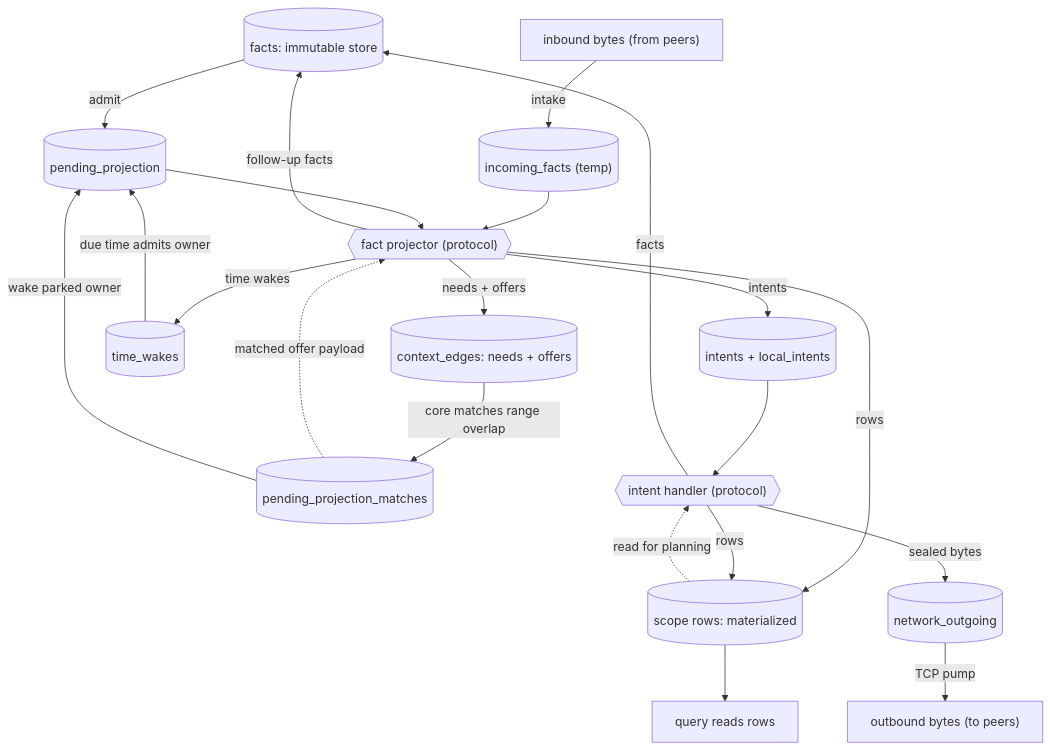
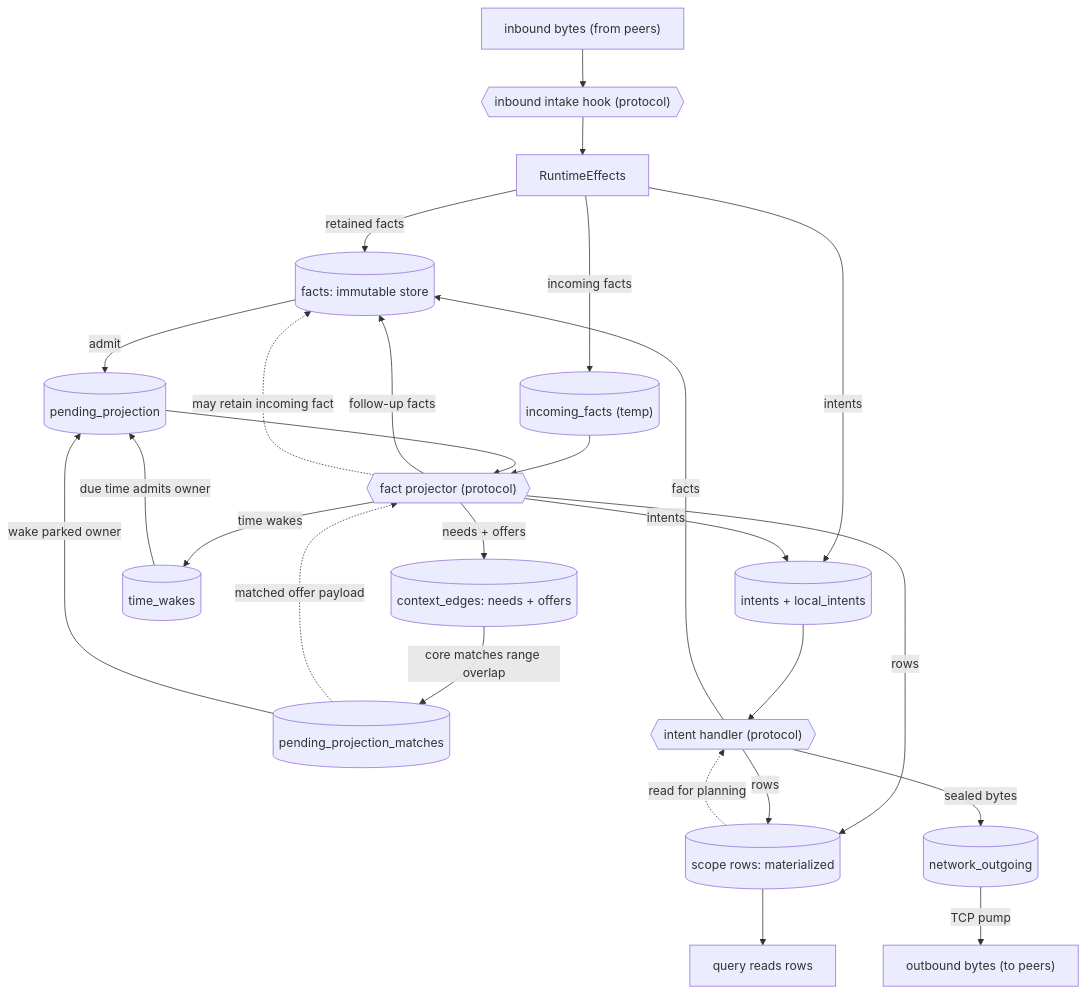
One commit to holmesworcester/poc-10 changed the first of 4 diagrams in ARCHITECTURE_DIAGRAMS.md. Above: the diagram before and after it, drawn with Mermaid. The commit also changed other lines of this file and 1 other file, not shown here.

Commit message:
Update architecture diagrams for simplified runtime queues

````diff
--- a/ARCHITECTURE_DIAGRAMS.md
+++ b/ARCHITECTURE_DIAGRAMS.md
@@ -60,43 +60,50 @@
 ```mermaid
 %%{init: {"flowchart": {"wrappingWidth": 300}} }%%
 flowchart TD
     FACTS[("facts: immutable store")]
     PENDING[("pending_projection")]
     NETIN["inbound bytes (from peers)"]
+    INTAKE{{"inbound intake hook (protocol)"}}
+    EFFECTS["RuntimeEffects"]
     INCOMING[("incoming_facts (temp)")]
     PROJECTOR{{"fact projector (protocol)"}}
     CONTEXT[("context_edges: needs + offers")]
     MATCHES[("pending_projection_matches")]
     WAKES[("time_wakes")]
     INTENTS[("intents + local_intents")]
     HANDLER{{"intent handler (protocol)"}}
     OUT[("network_outgoing")]
     NETOUT["outbound bytes (to peers)"]
     ROWS[("scope rows: materialized")]
     QUERY["query reads rows"]
 
-    NETIN -->|intake| INCOMING
+    NETIN --> INTAKE
+    INTAKE --> EFFECTS
+    EFFECTS -->|incoming facts| INCOMING
+    EFFECTS -->|retained facts| FACTS
+    EFFECTS -->|intents| INTENTS
     FACTS -->|admit| PENDING
     INCOMING --> PROJECTOR
     PENDING --> PROJECTOR
     MATCHES -.matched offer payload.-> PROJECTOR
 
     PROJECTOR -->|needs + offers| CONTEXT
     PROJECTOR -->|time wakes| WAKES
     PROJECTOR -->|intents| INTENTS
     PROJECTOR -->|follow-up facts| FACTS
+    PROJECTOR -.may retain incoming fact.-> FACTS
     PROJECTOR -->|rows| ROWS
 
     CONTEXT -->|core matches range overlap| MATCHES
     MATCHES -->|wake parked owner| PENDING
     WAKES -->|due time admits owner| PENDING
 
     INTENTS --> HANDLER
     HANDLER -->|facts| FACTS
     HANDLER -->|rows| ROWS
     HANDLER -->|sealed bytes| OUT
 
     OUT -->|TCP pump| NETOUT
     ROWS --> QUERY
     ROWS -.read for planning.-> HANDLER
 ```
````
